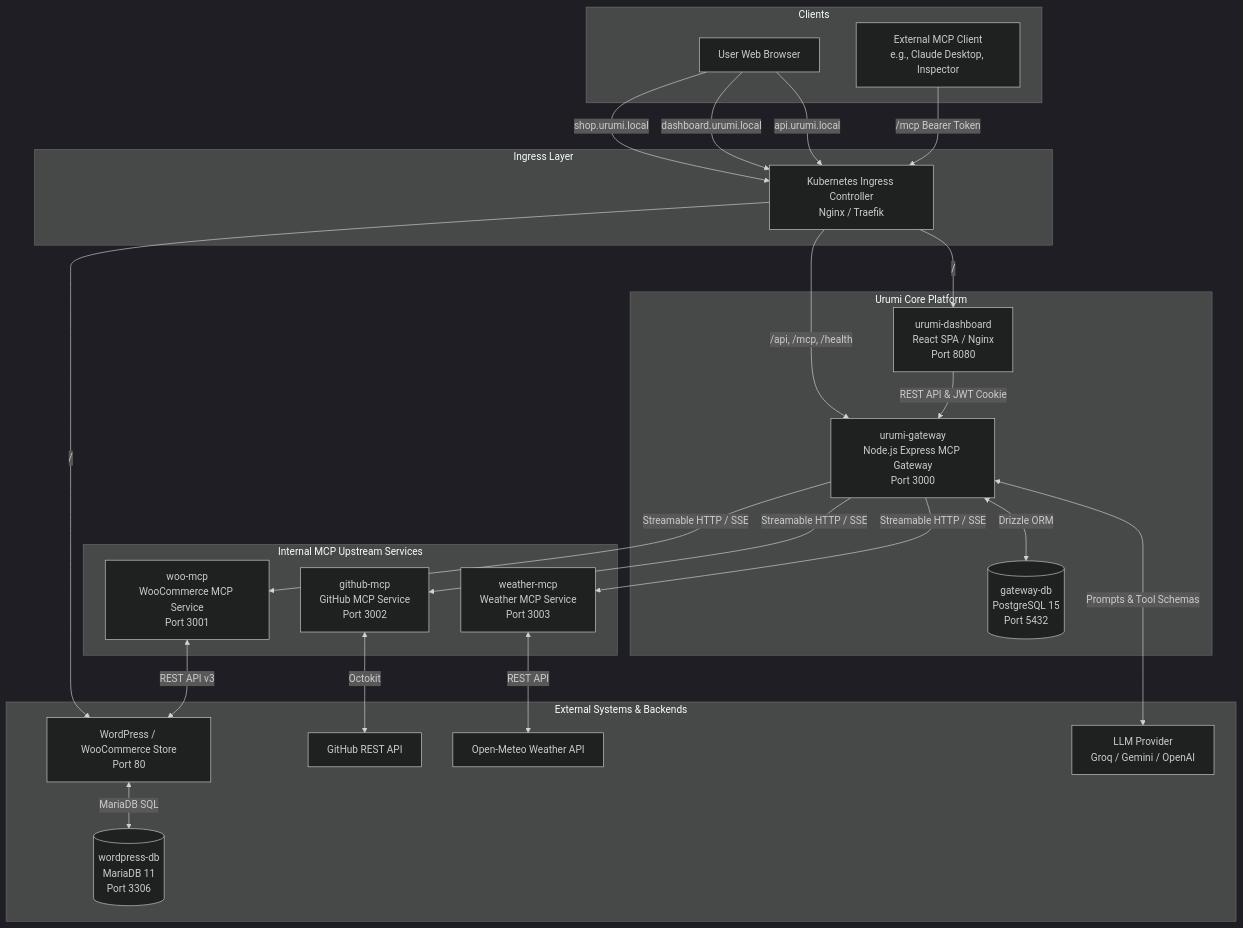
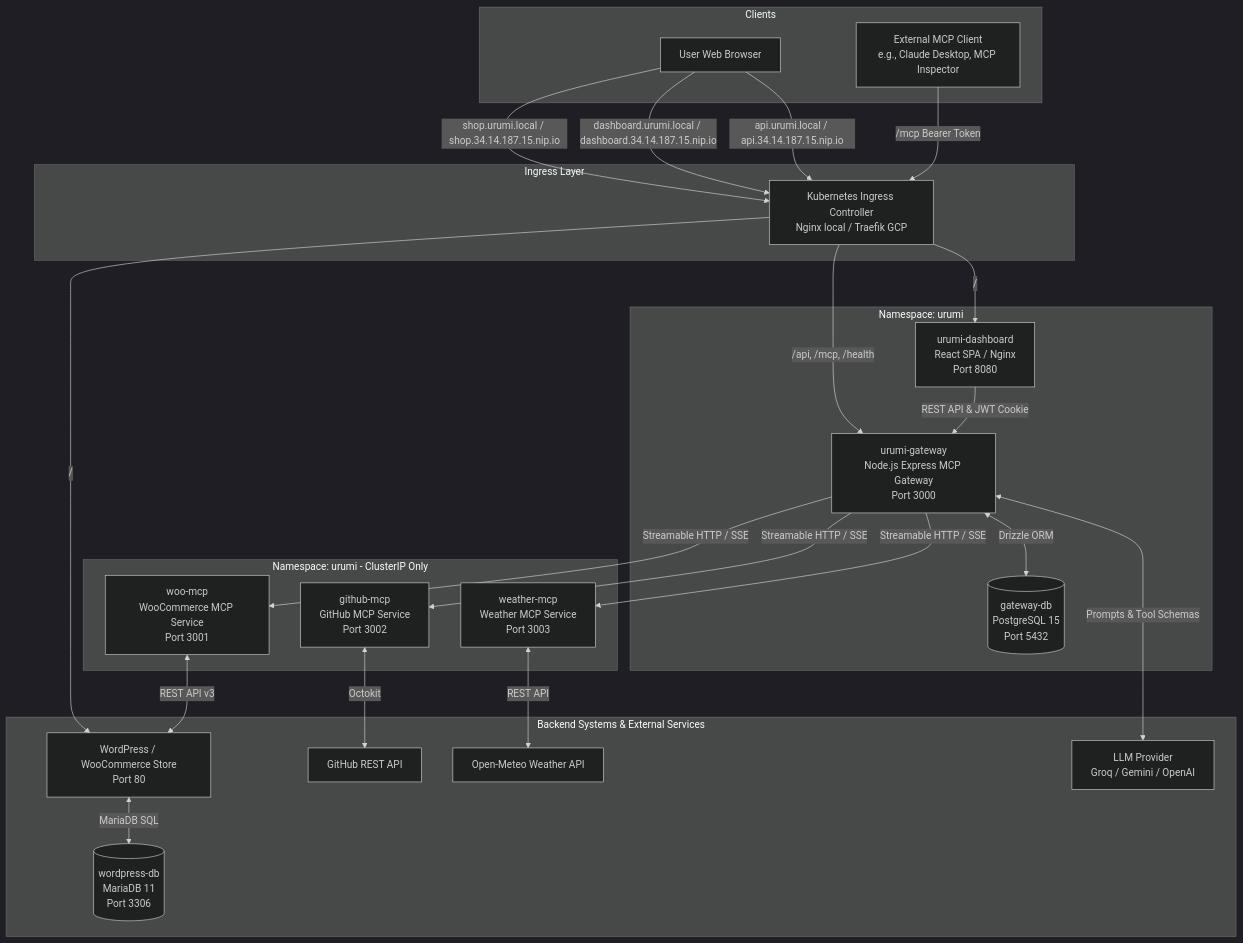
One commit to Hemanshu004/Urumi changed the diagram in README.md. Above: the diagram before and after it, drawn with Mermaid (dark theme). The commit also changed other lines of this file and 5 other files, not shown here.

````diff
--- a/README.md
+++ b/README.md
@@ -39,53 +86,53 @@
 ```mermaid
 flowchart TD
     subgraph Clients
         Browser[User Web Browser]
-        ExtClient[External MCP Client<br/>e.g., Claude Desktop, Inspector]
+        ExtClient[External MCP Client<br/>e.g., Claude Desktop, MCP Inspector]
     end
 
     subgraph Ingress Layer
-        Ingress[Kubernetes Ingress Controller<br/>Nginx / Traefik]
+        Ingress[Kubernetes Ingress Controller<br/>Nginx local / Traefik GCP]
     end
 
-    subgraph Urumi Core Platform
+    subgraph Urumi Core Platform [Namespace: urumi]
         Dashboard[urumi-dashboard<br/>React SPA / Nginx<br/>Port 8080]
         Gateway[urumi-gateway<br/>Node.js Express MCP Gateway<br/>Port 3000]
         GatewayDB[(gateway-db<br/>PostgreSQL 15<br/>Port 5432)]
     end
 
-    subgraph Internal MCP Upstream Services
+    subgraph Internal MCP Upstream Services [Namespace: urumi - ClusterIP Only]
         WooMCP[woo-mcp<br/>WooCommerce MCP Service<br/>Port 3001]
         GithubMCP[github-mcp<br/>GitHub MCP Service<br/>Port 3002]
         WeatherMCP[weather-mcp<br/>Weather MCP Service<br/>Port 3003]
     end
 
-    subgraph External Systems & Backends
+    subgraph Backend Systems & External Services
         WooCommerce[WordPress / WooCommerce Store<br/>Port 80]
         WooDB[(wordpress-db<br/>MariaDB 11<br/>Port 3306)]
         GithubAPI[GitHub REST API]
         WeatherAPI[Open-Meteo Weather API]
         LLMProvider[LLM Provider<br/>Groq / Gemini / OpenAI]
     end
 
-    Browser -->|shop.urumi.local| Ingress
-    Browser -->|dashboard.urumi.local| Ingress
-    Browser -->|api.urumi.local| Ingress
+    Browser -->|shop.urumi.local / shop.34.14.187.15.nip.io| Ingress
+    Browser -->|dashboard.urumi.local / dashboard.34.14.187.15.nip.io| Ingress
+    Browser -->|api.urumi.local / api.34.14.187.15.nip.io| Ingress
     ExtClient -->|/mcp Bearer Token| Ingress
 
     Ingress -->|/| Dashboard
     Ingress -->|/api, /mcp, /health| Gateway
     Ingress -->|/| WooCommerce
 
     Dashboard -->|REST API & JWT Cookie| Gateway
     Gateway <-->|Drizzle ORM| GatewayDB
     Gateway <-->|Prompts & Tool Schemas| LLMProvider
 
     Gateway -->|Streamable HTTP / SSE| WooMCP
     Gateway -->|Streamable HTTP / SSE| GithubMCP
     Gateway -->|Streamable HTTP / SSE| WeatherMCP
 
     WooMCP <-->|REST API v3| WooCommerce
     WooCommerce <-->|MariaDB SQL| WooDB
     GithubMCP <-->|Octokit| GithubAPI
     WeatherMCP <-->|REST API| WeatherAPI
 ```
````
